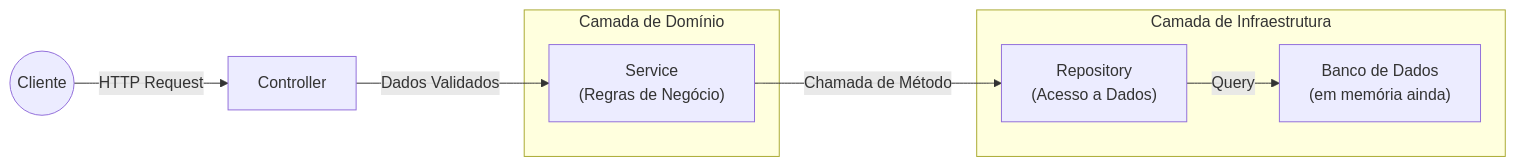
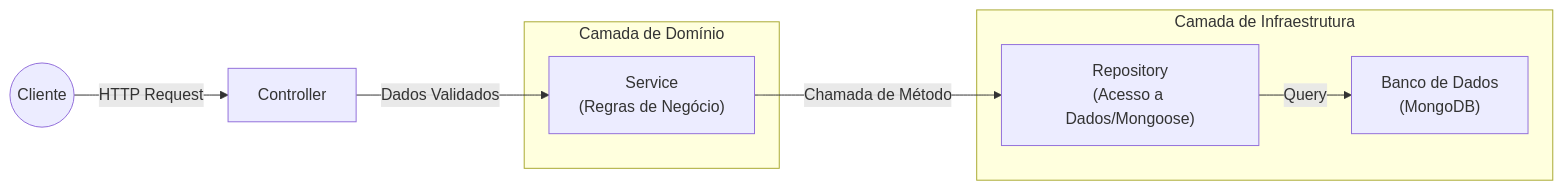
Before and after one commit to FIAPGrupo20/DiarioDeClasse: the first of 2 diagrams in README.md, drawn with Mermaid. The commit also changed other lines of this file, not shown here.

````diff
--- a/README.md
+++ b/README.md
@@ -89,16 +70,16 @@
 ```mermaid
 graph LR
     Client((Cliente)) -->|HTTP Request| Controller[Controller]
     Controller -->|Dados Validados| Service["Service<br>(Regras de Negócio)"]
-    Service -->|Chamada de Método| Repo["Repository<br>(Acesso a Dados)"]
-    Repo -->|Query| DB["Banco de Dados<br>(em memória ainda)"]
+    Service -->|Chamada de Método| Repo["Repository<br>(Acesso a Dados/Mongoose)"]
+    Repo -->|Query| DB["Banco de Dados<br>(MongoDB)"]
     
     subgraph Camada de Domínio
     Service
     end
     
     subgraph Camada de Infraestrutura
     Repo
     DB
     end
 ```
````
